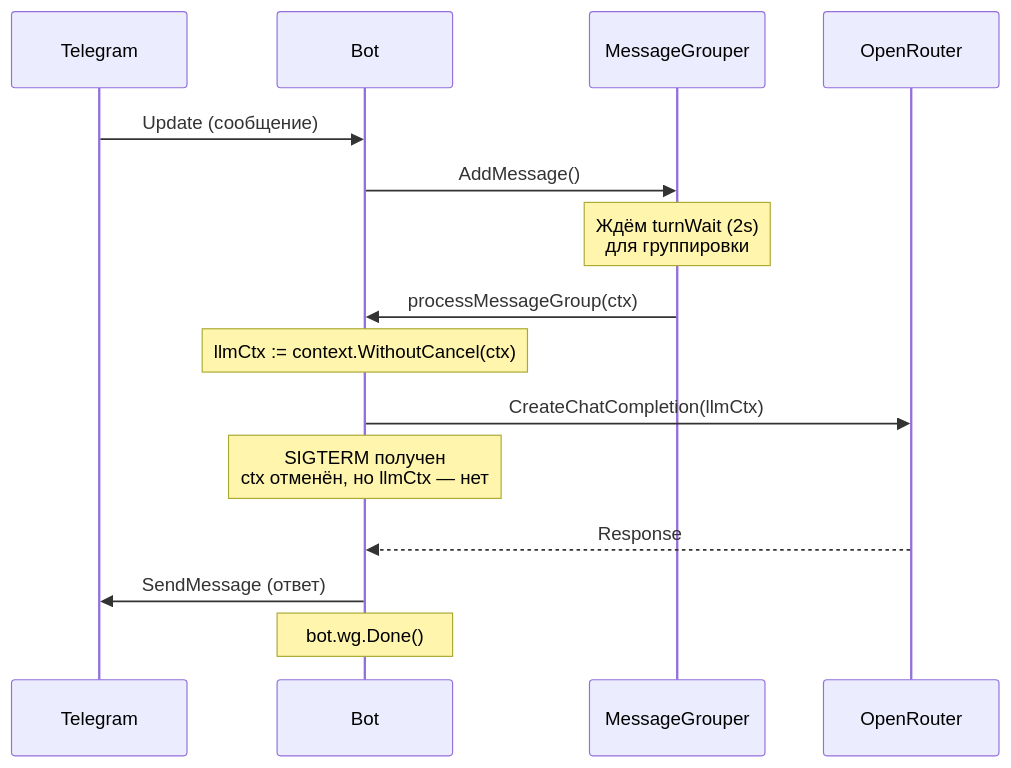
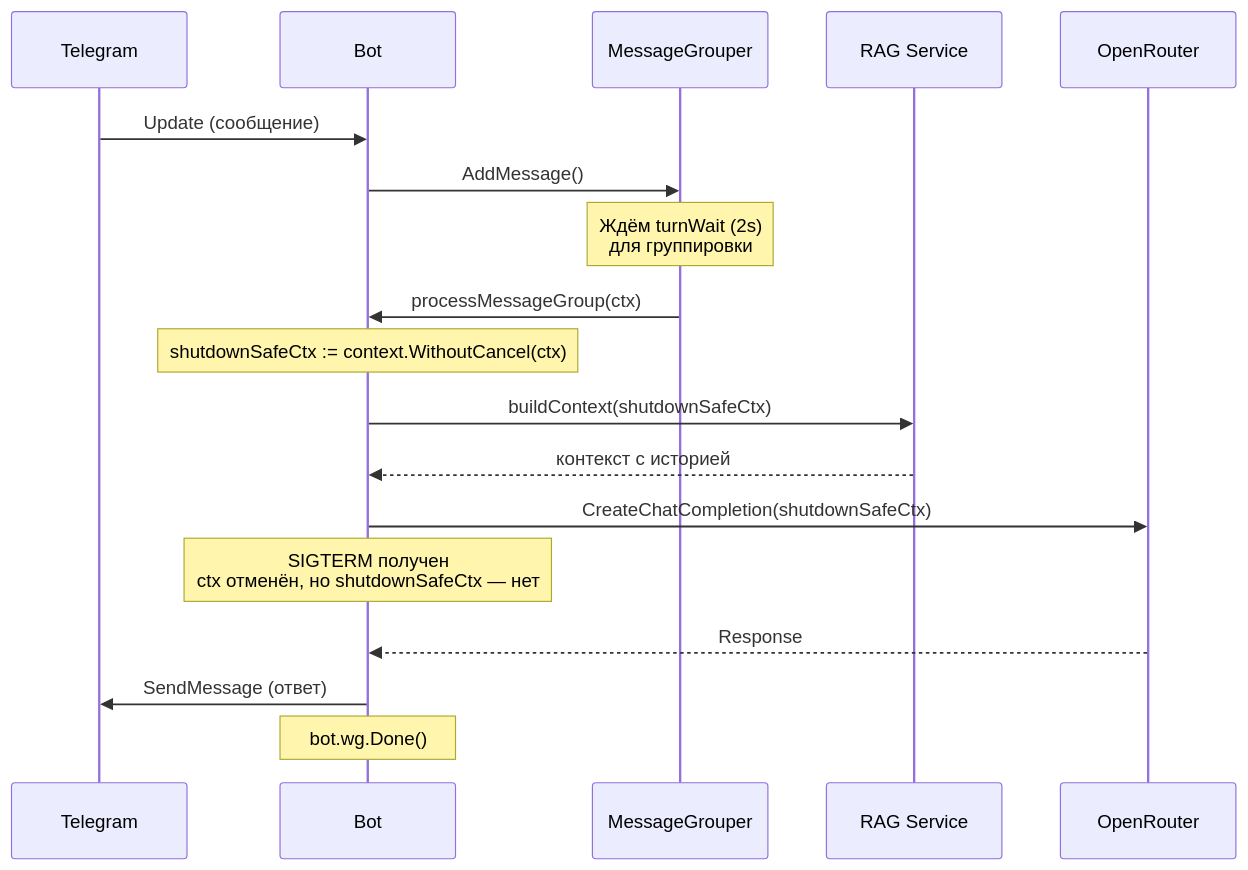
Before and after one commit to runixer/laplaced: the third of 3 diagrams in docs/architecture/graceful-shutdown.md, drawn with Mermaid. The commit also changed other lines of this file and 9 other files, not shown here.

````diff
--- a/docs/architecture/graceful-shutdown.md
+++ b/docs/architecture/graceful-shutdown.md
@@ -88,25 +88,29 @@
 ```mermaid
 sequenceDiagram
     participant TG as Telegram
     participant Bot as Bot
     participant MG as MessageGrouper
+    participant RAG as RAG Service
     participant LLM as OpenRouter
 
     TG->>Bot: Update (сообщение)
     Bot->>MG: AddMessage()
 
     Note over MG: Ждём turnWait (2s)<br/>для группировки
 
     MG->>Bot: processMessageGroup(ctx)
 
-    Note over Bot: llmCtx := context.WithoutCancel(ctx)
+    Note over Bot: shutdownSafeCtx := context.WithoutCancel(ctx)
 
-    Bot->>LLM: CreateChatCompletion(llmCtx)
+    Bot->>RAG: buildContext(shutdownSafeCtx)
+    RAG-->>Bot: контекст с историей
 
-    Note over Bot: SIGTERM получен<br/>ctx отменён, но llmCtx — нет
+    Bot->>LLM: CreateChatCompletion(shutdownSafeCtx)
+
+    Note over Bot: SIGTERM получен<br/>ctx отменён, но shutdownSafeCtx — нет
 
     LLM-->>Bot: Response
     Bot->>TG: SendMessage (ответ)
 
     Note over Bot: bot.wg.Done()
 ```
````
